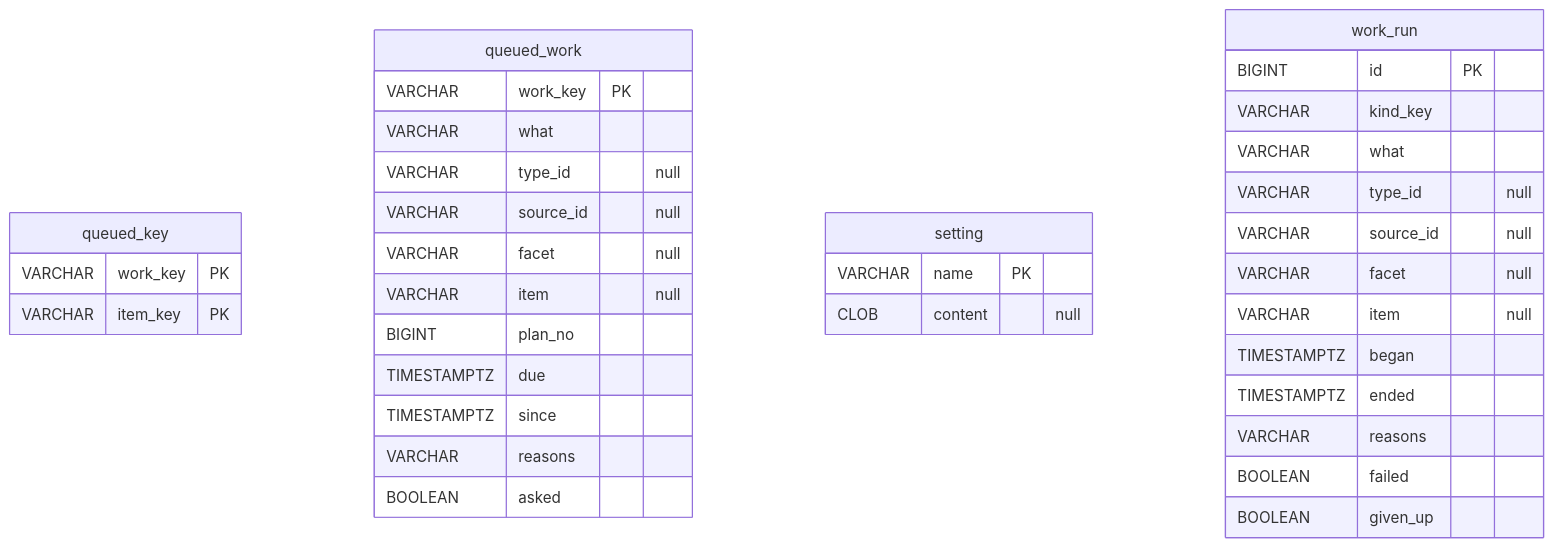
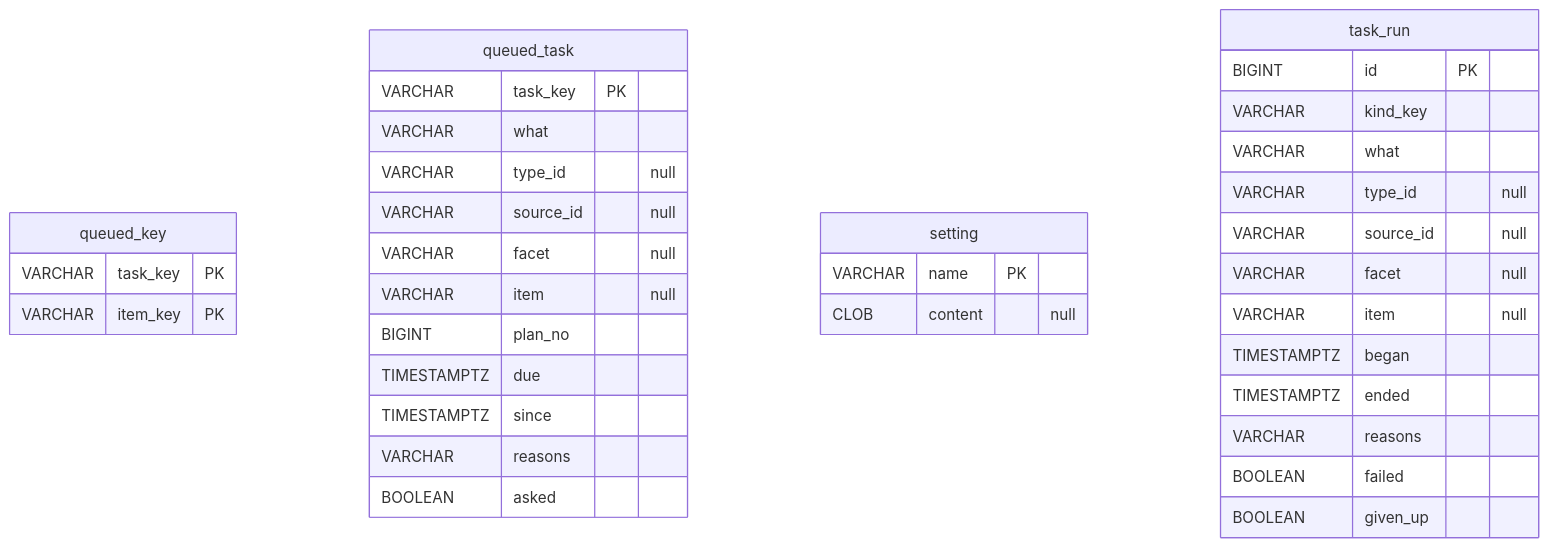
Before and after one commit to vlsergey/recommend4me: the diagram in docs/database/app.md, drawn with Mermaid. The commit also changed other lines of this file and 82 other files, not shown here.

````diff
--- a/docs/database/app.md
+++ b/docs/database/app.md
@@ -15,38 +15,38 @@
 ```mermaid
 erDiagram
     queued_key {
-        VARCHAR work_key PK
+        VARCHAR task_key PK
         VARCHAR item_key PK
     }
-    queued_work {
-        VARCHAR work_key PK
+    queued_task {
+        VARCHAR task_key PK
         VARCHAR what
         VARCHAR type_id "null"
         VARCHAR source_id "null"
         VARCHAR facet "null"
         VARCHAR item "null"
         BIGINT plan_no
         TIMESTAMPTZ due
         TIMESTAMPTZ since
         VARCHAR reasons
         BOOLEAN asked
     }
     setting {
         VARCHAR name PK
         CLOB content "null"
     }
-    work_run {
+    task_run {
         BIGINT id PK
         VARCHAR kind_key
         VARCHAR what
         VARCHAR type_id "null"
         VARCHAR source_id "null"
         VARCHAR facet "null"
         VARCHAR item "null"
         TIMESTAMPTZ began
         TIMESTAMPTZ ended
         VARCHAR reasons
         BOOLEAN failed
         BOOLEAN given_up
     }
 ```
````
